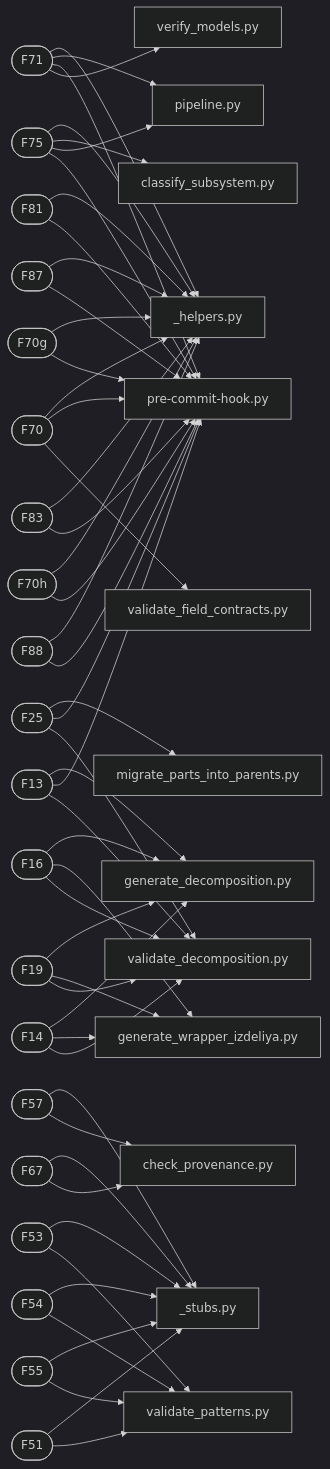
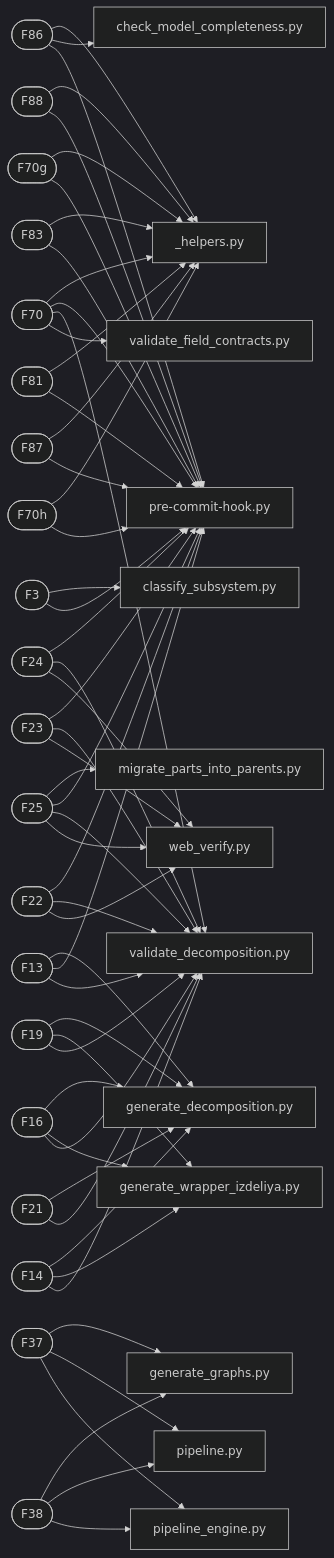
Before and after one commit to a-m-e-n-t-e-t/SkyNet: the diagram in graphs/mermaid/graph3_traceability.md, drawn with Mermaid (dark theme). The commit also changed other lines of this file and 11 other files, not shown here.

````diff
--- a/graphs/mermaid/graph3_traceability.md
+++ b/graphs/mermaid/graph3_traceability.md
@@ -3,30 +3,44 @@
 ```mermaid
 graph LR
-    F71([F71])
-    script__helpers_py[_helpers.py]
-    F71 --> script__helpers_py
-    script_pipeline_py[pipeline.py]
-    F71 --> script_pipeline_py
-    script_pre-commit-hook_py[pre-commit-hook.py]
-    F71 --> script_pre-commit-hook_py
-    script_verify_models_py[verify_models.py]
-    F71 --> script_verify_models_py
-    F75([F75])
-    script__helpers_py[_helpers.py]
-    F75 --> script__helpers_py
-    script_classify_subsystem_py[classify_subsystem.py]
-    F75 --> script_classify_subsystem_py
-    script_pipeline_py[pipeline.py]
-    F75 --> script_pipeline_py
-    script_pre-commit-hook_py[pre-commit-hook.py]
-    F75 --> script_pre-commit-hook_py
     F70([F70])
     script__helpers_py[_helpers.py]
     F70 --> script__helpers_py
     script_pre-commit-hook_py[pre-commit-hook.py]
     F70 --> script_pre-commit-hook_py
+    script_validate_decomposition_py[validate_decomposition.py]
+    F70 --> script_validate_decomposition_py
     script_validate_field_contracts_py[validate_field_contracts.py]
     F70 --> script_validate_field_contracts_py
+    F25([F25])
+    script_migrate_parts_into_parents_py[migrate_parts_into_parents.py]
+    F25 --> script_migrate_parts_into_parents_py
+    script_pre-commit-hook_py[pre-commit-hook.py]
+    F25 --> script_pre-commit-hook_py
+    script_validate_decomposition_py[validate_decomposition.py]
+    F25 --> script_validate_decomposition_py
+    script_web_verify_py[web_verify.py]
+    F25 --> script_web_verify_py
+    F86([F86])
+    script__helpers_py[_helpers.py]
+    F86 --> script__helpers_py
+    script_check_model_completeness_py[check_model_completeness.py]
+    F86 --> script_check_model_completeness_py
+    script_pre-commit-hook_py[pre-commit-hook.py]
+    F86 --> script_pre-commit-hook_py
+    F19([F19])
+    script_generate_decomposition_py[generate_decomposition.py]
+    F19 --> script_generate_decomposition_py
+    script_generate_wrapper_izdeliya_py[generate_wrapper_izdeliya.py]
+    F19 --> script_generate_wrapper_izdeliya_py
+    script_validate_decomposition_py[validate_decomposition.py]
+    F19 --> script_validate_decomposition_py
+    F16([F16])
+    script_generate_decomposition_py[generate_decomposition.py]
+    F16 --> script_generate_decomposition_py
+    script_generate_wrapper_izdeliya_py[generate_wrapper_izdeliya.py]
+    F16 --> script_generate_wrapper_izdeliya_py
+    script_validate_decomposition_py[validate_decomposition.py]
+    F16 --> script_validate_decomposition_py
     F13([F13])
     script_generate_decomposition_py[generate_decomposition.py]
     F13 --> script_generate_decomposition_py
@@ -34,20 +48,6 @@
     F13 --> script_pre-commit-hook_py
     script_validate_decomposition_py[validate_decomposition.py]
     F13 --> script_validate_decomposition_py
-    F16([F16])
-    script_generate_decomposition_py[generate_decomposition.py]
-    F16 --> script_generate_decomposition_py
-    script_generate_wrapper_izdeliya_py[generate_wrapper_izdeliya.py]
-    F16 --> script_generate_wrapper_izdeliya_py
-    script_validate_decomposition_py[validate_decomposition.py]
-    F16 --> script_validate_decomposition_py
-    F19([F19])
-    script_generate_decomposition_py[generate_decomposition.py]
-    F19 --> script_generate_decomposition_py
-    script_generate_wrapper_izdeliya_py[generate_wrapper_izdeliya.py]
-    F19 --> script_generate_wrapper_izdeliya_py
-    script_validate_decomposition_py[validate_decomposition.py]
-    F19 --> script_validate_decomposition_py
     F14([F14])
     script_generate_decomposition_py[generate_decomposition.py]
     F14 --> script_generate_decomposition_py
@@ -55,13 +55,56 @@
     F14 --> script_generate_wrapper_izdeliya_py
     script_validate_decomposition_py[validate_decomposition.py]
     F14 --> script_validate_decomposition_py
-    F25([F25])
-    script_migrate_parts_into_parents_py[migrate_parts_into_parents.py]
-    F25 --> script_migrate_parts_into_parents_py
+    F24([F24])
     script_pre-commit-hook_py[pre-commit-hook.py]
-    F25 --> script_pre-commit-hook_py
+    F24 --> script_pre-commit-hook_py
     script_validate_decomposition_py[validate_decomposition.py]
-    F25 --> script_validate_decomposition_py
+    F24 --> script_validate_decomposition_py
+    script_web_verify_py[web_verify.py]
+    F24 --> script_web_verify_py
+    F23([F23])
+    script_pre-commit-hook_py[pre-commit-hook.py]
+    F23 --> script_pre-commit-hook_py
+    script_validate_decomposition_py[validate_decomposition.py]
+    F23 --> script_validate_decomposition_py
+    script_web_verify_py[web_verify.py]
+    F23 --> script_web_verify_py
+    F22([F22])
+    script_pre-commit-hook_py[pre-commit-hook.py]
+    F22 --> script_pre-commit-hook_py
+    script_validate_decomposition_py[validate_decomposition.py]
+    F22 --> script_validate_decomposition_py
+    script_web_verify_py[web_verify.py]
+    F22 --> script_web_verify_py
+    F37([F37])
+    script_generate_graphs_py[generate_graphs.py]
+    F37 --> script_generate_graphs_py
+    script_pipeline_py[pipeline.py]
+    F37 --> script_pipeline_py
+    script_pipeline_engine_py[pipeline_engine.py]
+    F37 --> script_pipeline_engine_py
+    F38([F38])
+    script_generate_graphs_py[generate_graphs.py]
+    F38 --> script_generate_graphs_py
+    script_pipeline_py[pipeline.py]
+    F38 --> script_pipeline_py
+    script_pipeline_engine_py[pipeline_engine.py]
+    F38 --> script_pipeline_engine_py
+    F88([F88])
+    script__helpers_py[_helpers.py]
+    F88 --> script__helpers_py
+    script_pre-commit-hook_py[pre-commit-hook.py]
+    F88 --> script_pre-commit-hook_py
+    F70g([F70g])
+    script__helpers_py[_helpers.py]
+    F70g --> script__helpers_py
+    script_pre-commit-hook_py[pre-commit-hook.py]
+    F70g --> script_pre-commit-hook_py
+    F83([F83])
+    script__helpers_py[_helpers.py]
+    F83 --> script__helpers_py
+    script_pre-commit-hook_py[pre-commit-hook.py]
+    F83 --> script_pre-commit-hook_py
     F81([F81])
     script__helpers_py[_helpers.py]
     F81 --> script__helpers_py
@@ -72,54 +115,19 @@
     F87 --> script__helpers_py
     script_pre-commit-hook_py[pre-commit-hook.py]
     F87 --> script_pre-commit-hook_py
-    F70g([F70g])
-    script__helpers_py[_helpers.py]
-    F70g --> script__helpers_py
-    script_pre-commit-hook_py[pre-commit-hook.py]
-    F70g --> script_pre-commit-hook_py
-    F83([F83])
-    script__helpers_py[_helpers.py]
-    F83 --> script__helpers_py
-    script_pre-commit-hook_py[pre-commit-hook.py]
-    F83 --> script_pre-commit-hook_py
     F70h([F70h])
     script__helpers_py[_helpers.py]
     F70h --> script__helpers_py
     script_pre-commit-hook_py[pre-commit-hook.py]
     F70h --> script_pre-commit-hook_py
-    F88([F88])
-    script__helpers_py[_helpers.py]
-    F88 --> script__helpers_py
+    F3([F3])
+    script_classify_subsystem_py[classify_subsystem.py]
+    F3 --> script_classify_subsystem_py
     script_pre-commit-hook_py[pre-commit-hook.py]
-    F88 --> script_pre-commit-hook_py
-    F57([F57])
-    script__stubs_py[_stubs.py]
-    F57 --> script__stubs_py
-    script_check_provenance_py[check_provenance.py]
-    F57 --> script_check_provenance_py
-    F67([F67])
-    script__stubs_py[_stubs.py]
-    F67 --> script__stubs_py
-    script_check_provenance_py[check_provenance.py]
-    F67 --> script_check_provenance_py
-    F53([F53])
-    script__stubs_py[_stubs.py]
-    F53 --> script__stubs_py
-    script_validate_patterns_py[validate_patterns.py]
-    F53 --> script_validate_patterns_py
-    F54([F54])
-    script__stubs_py[_stubs.py]
-    F54 --> script__stubs_py
-    script_validate_patterns_py[validate_patterns.py]
-    F54 --> script_validate_patterns_py
-    F55([F55])
-    script__stubs_py[_stubs.py]
-    F55 --> script__stubs_py
-    script_validate_patterns_py[validate_patterns.py]
-    F55 --> script_validate_patterns_py
-    F51([F51])
-    script__stubs_py[_stubs.py]
-    F51 --> script__stubs_py
-    script_validate_patterns_py[validate_patterns.py]
-    F51 --> script_validate_patterns_py
+    F3 --> script_pre-commit-hook_py
+    F21([F21])
+    script_generate_decomposition_py[generate_decomposition.py]
+    F21 --> script_generate_decomposition_py
+    script_validate_decomposition_py[validate_decomposition.py]
+    F21 --> script_validate_decomposition_py
 ```
````
